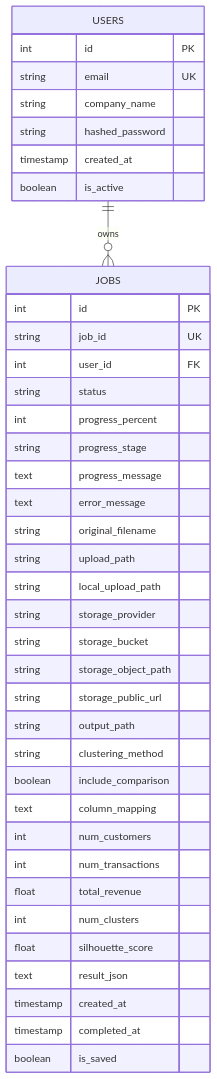
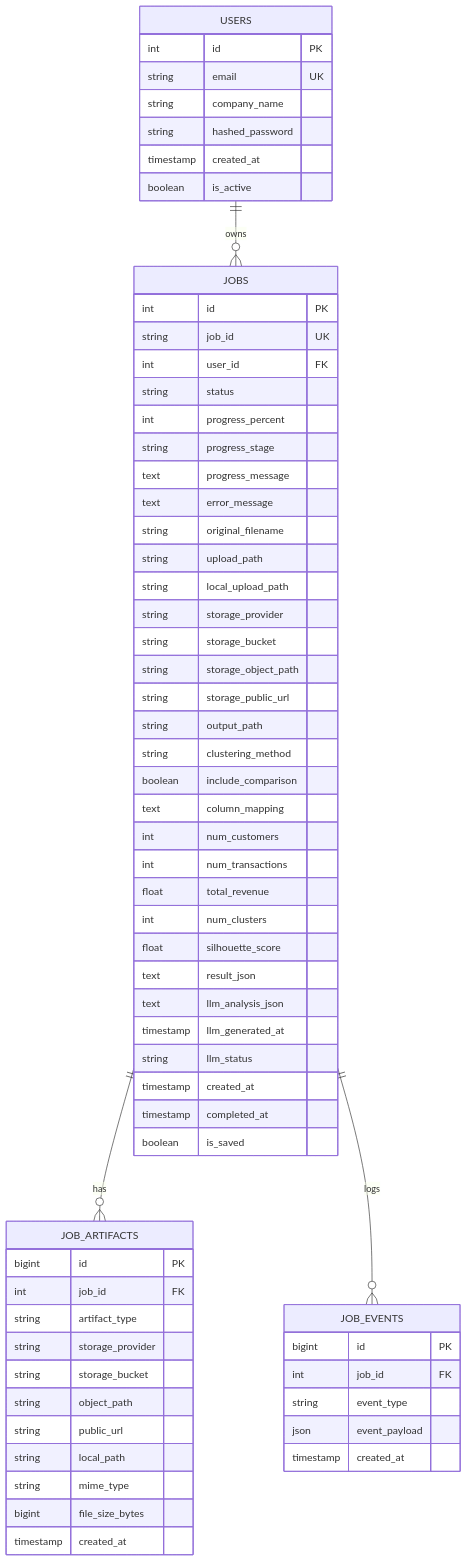
One commit to KikiOduro/Customer360 changed the fifth of 11 diagrams in customer360/docs/CAPSTONE_CURRENT_SYSTEM_ALIGNMENT_BY_CHAPTER.md. Above: the diagram before and after it, drawn with Mermaid. The commit also changed other lines of this file, not shown here.

Commit message:
Align capstone guide with dumped MySQL schema

````diff
--- a/customer360/docs/CAPSTONE_CURRENT_SYSTEM_ALIGNMENT_BY_CHAPTER.md
+++ b/customer360/docs/CAPSTONE_CURRENT_SYSTEM_ALIGNMENT_BY_CHAPTER.md
@@ -577,44 +579,71 @@
 ```mermaid
 erDiagram
     USERS ||--o{ JOBS : owns
+    JOBS ||--o{ JOB_ARTIFACTS : has
+    JOBS ||--o{ JOB_EVENTS : logs
 
     USERS {
         int id PK
         string email UK
         string company_name
         string hashed_password
         timestamp created_at
         boolean is_active
     }
 
     JOBS {
         int id PK
         string job_id UK
         int user_id FK
         string status
         int progress_percent
         string progress_stage
         text progress_message
         text error_message
         string original_filename
         string upload_path
         string local_upload_path
         string storage_provider
         string storage_bucket
         string storage_object_path
         string storage_public_url
         string output_path
         string clustering_method
         boolean include_comparison
         text column_mapping
         int num_customers
         int num_transactions
         float total_revenue
         int num_clusters
         float silhouette_score
         text result_json
+        text llm_analysis_json
+        timestamp llm_generated_at
+        string llm_status
         timestamp created_at
         timestamp completed_at
         boolean is_saved
     }
+
+    JOB_ARTIFACTS {
+        bigint id PK
+        int job_id FK
+        string artifact_type
+        string storage_provider
+        string storage_bucket
+        string object_path
+        string public_url
+        string local_path
+        string mime_type
+        bigint file_size_bytes
+        timestamp created_at
+    }
+
+    JOB_EVENTS {
+        bigint id PK
+        int job_id FK
+        string event_type
+        json event_payload
+        timestamp created_at
+    }
 ```
````
